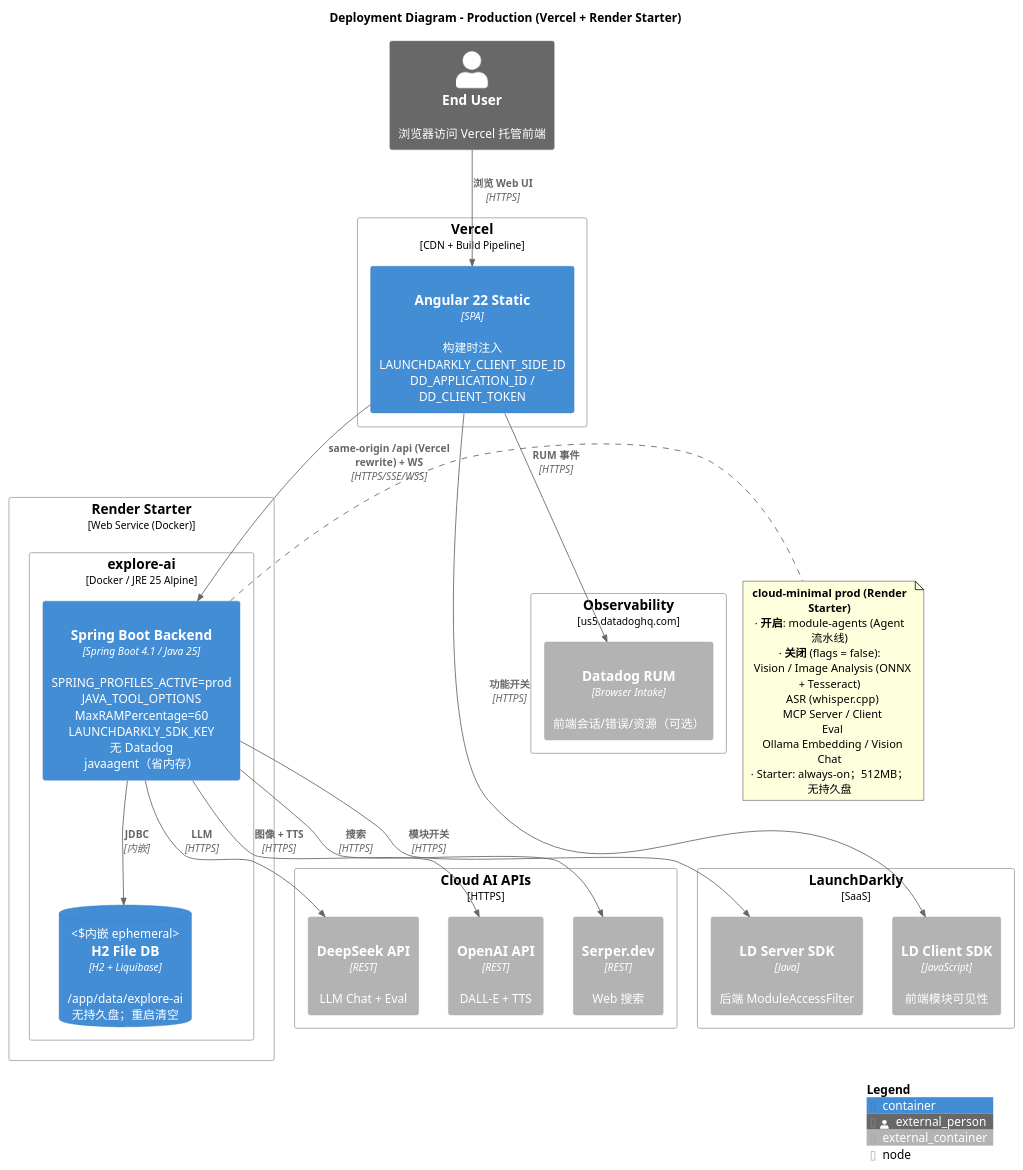
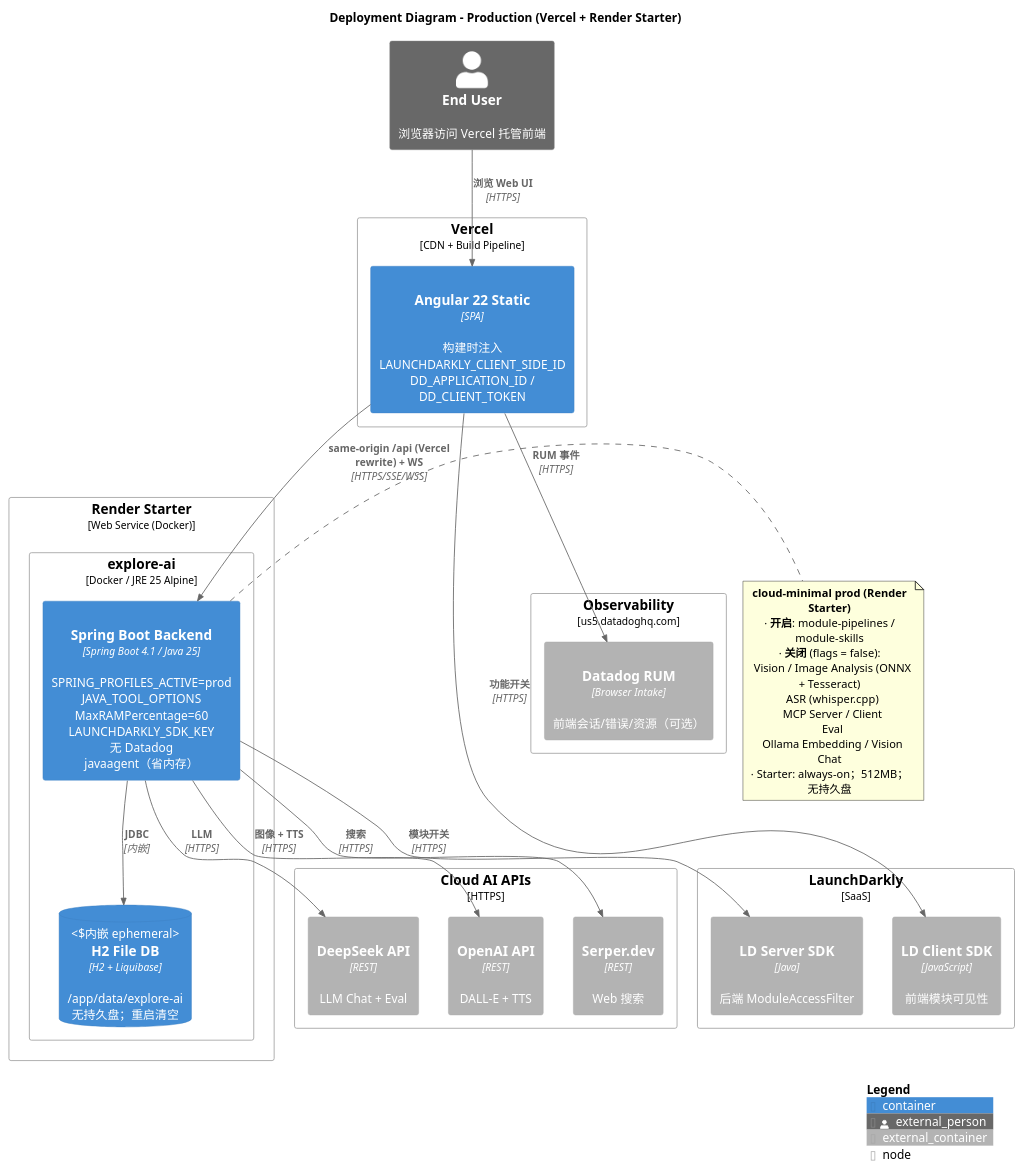
One commit to felixzhu97/explore-ai changed the diagram in docs/developer/c4-model/C4-Deployment-Production.puml. Above: the diagram before and after it, drawn with PlantUML. The commit also changed 110 other files, not shown here.

```diff
--- a/docs/developer/c4-model/C4-Deployment-Production.puml
+++ b/docs/developer/c4-model/C4-Deployment-Production.puml
@@ -1,64 +1,64 @@
 @startuml C4-Deployment-Production
 !include https://raw.githubusercontent.com/plantuml-stdlib/C4-PlantUML/master/C4_Deployment.puml
 
 LAYOUT_WITH_LEGEND()
 
 title Deployment Diagram - Production (Vercel + Render Starter)
 
 Person_Ext(user, "End User", "浏览器访问 Vercel 托管前端")
 
 Deployment_Node(vercel, "Vercel", "CDN + Build Pipeline") {
     Container(angular_static, "Angular 22 Static", "SPA", "构建时注入\nLAUNCHDARKLY_CLIENT_SIDE_ID\nDD_APPLICATION_ID / DD_CLIENT_TOKEN", "HTTPS")
 }
 
 Deployment_Node(render, "Render Starter", "Web Service (Docker)") {
     Deployment_Node(explore_ai_svc, "explore-ai", "Docker / JRE 25 Alpine") {
         Container(backend, "Spring Boot Backend", "Spring Boot 4.1 / Java 25", "SPRING_PROFILES_ACTIVE=prod\nJAVA_TOOL_OPTIONS MaxRAMPercentage=60\nLAUNCHDARKLY_SDK_KEY\n无 Datadog javaagent（省内存）", "8080")
         ContainerDb(h2_ephemeral, "H2 File DB", "H2 + Liquibase", "/app/data/explore-ai\n无持久盘；重启清空", "内嵌 ephemeral")
     }
 }
 
 Deployment_Node(observability, "Observability", "us5.datadoghq.com") {
     Container_Ext(datadog_rum, "Datadog RUM", "Browser Intake", "前端会话/错误/资源（可选）", "HTTPS")
 }
 
 Deployment_Node(feature_flags, "LaunchDarkly", "SaaS") {
     Container_Ext(ld_client, "LD Client SDK", "JavaScript", "前端模块可见性", "HTTPS")
     Container_Ext(ld_server, "LD Server SDK", "Java", "后端 ModuleAccessFilter", "HTTPS")
 }
 
 Deployment_Node(cloud_ai, "Cloud AI APIs", "HTTPS") {
     Container_Ext(deepseek_api, "DeepSeek API", "REST", "LLM Chat + Eval", "HTTPS")
     Container_Ext(openai_api, "OpenAI API", "REST", "DALL-E + TTS", "HTTPS")
     Container_Ext(serper_api, "Serper.dev", "REST", "Web 搜索", "HTTPS")
 }
 
 ' ============================================================
 ' RELATIONSHIPS
 ' ============================================================
 Rel(user, angular_static, "浏览 Web UI", "HTTPS")
 Rel(angular_static, backend, "same-origin /api (Vercel rewrite) + WS", "HTTPS/SSE/WSS")
 Rel(angular_static, datadog_rum, "RUM 事件", "HTTPS")
 Rel(angular_static, ld_client, "功能开关", "HTTPS")
 
 Rel(backend, h2_ephemeral, "JDBC", "内嵌")
 Rel(backend, ld_server, "模块开关", "HTTPS")
 
 Rel(backend, deepseek_api, "LLM", "HTTPS")
 Rel(backend, openai_api, "图像 + TTS", "HTTPS")
 Rel(backend, serper_api, "搜索", "HTTPS")
 
 note right of backend
   **cloud-minimal prod (Render Starter)**
-  · **开启**: module-agents (Agent 流水线)
+  · **开启**: module-pipelines / module-skills
   · **关闭** (flags = false):
     Vision / Image Analysis (ONNX + Tesseract)
     ASR (whisper.cpp)
     MCP Server / Client
     Eval
     Ollama Embedding / Vision Chat
   · Starter: always-on；512MB；无持久盘
 end note
 
 SHOW_LEGEND()
 @enduml
```
